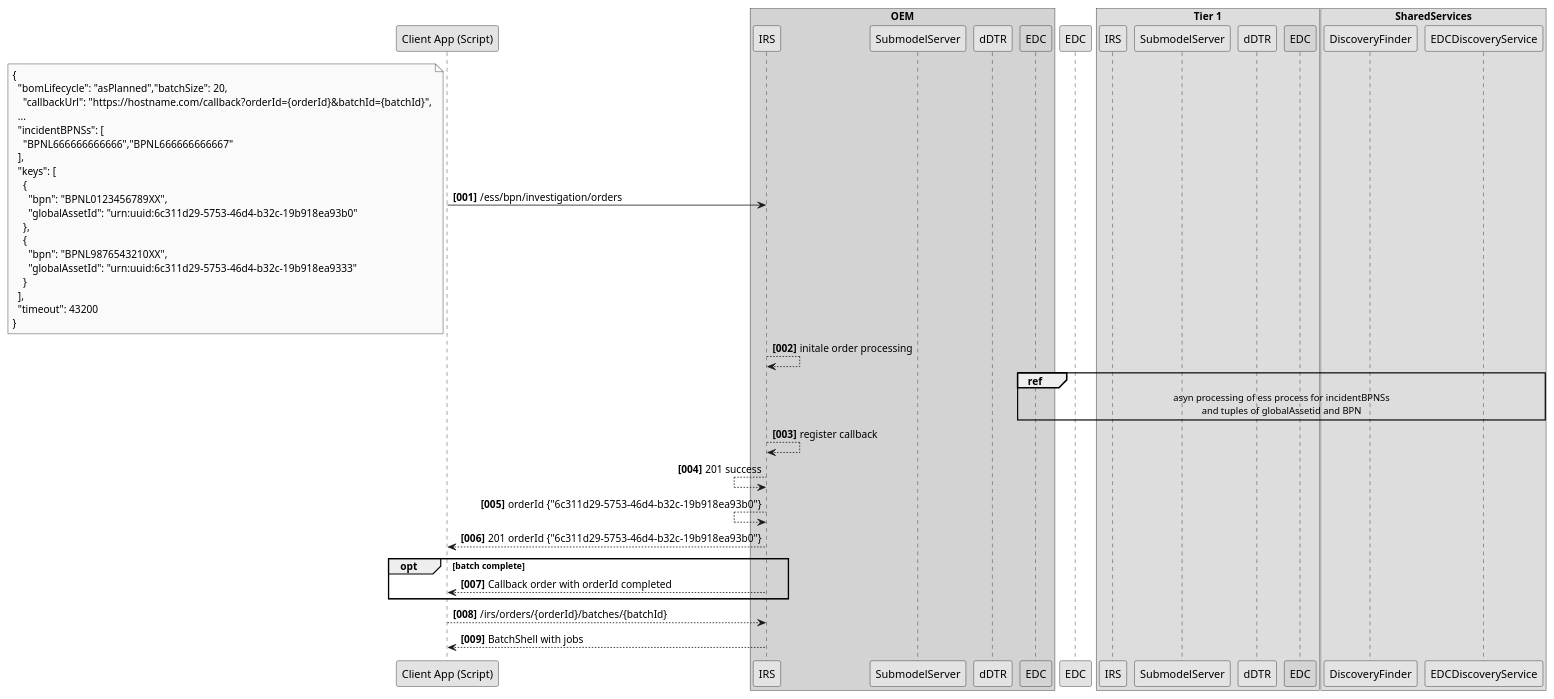
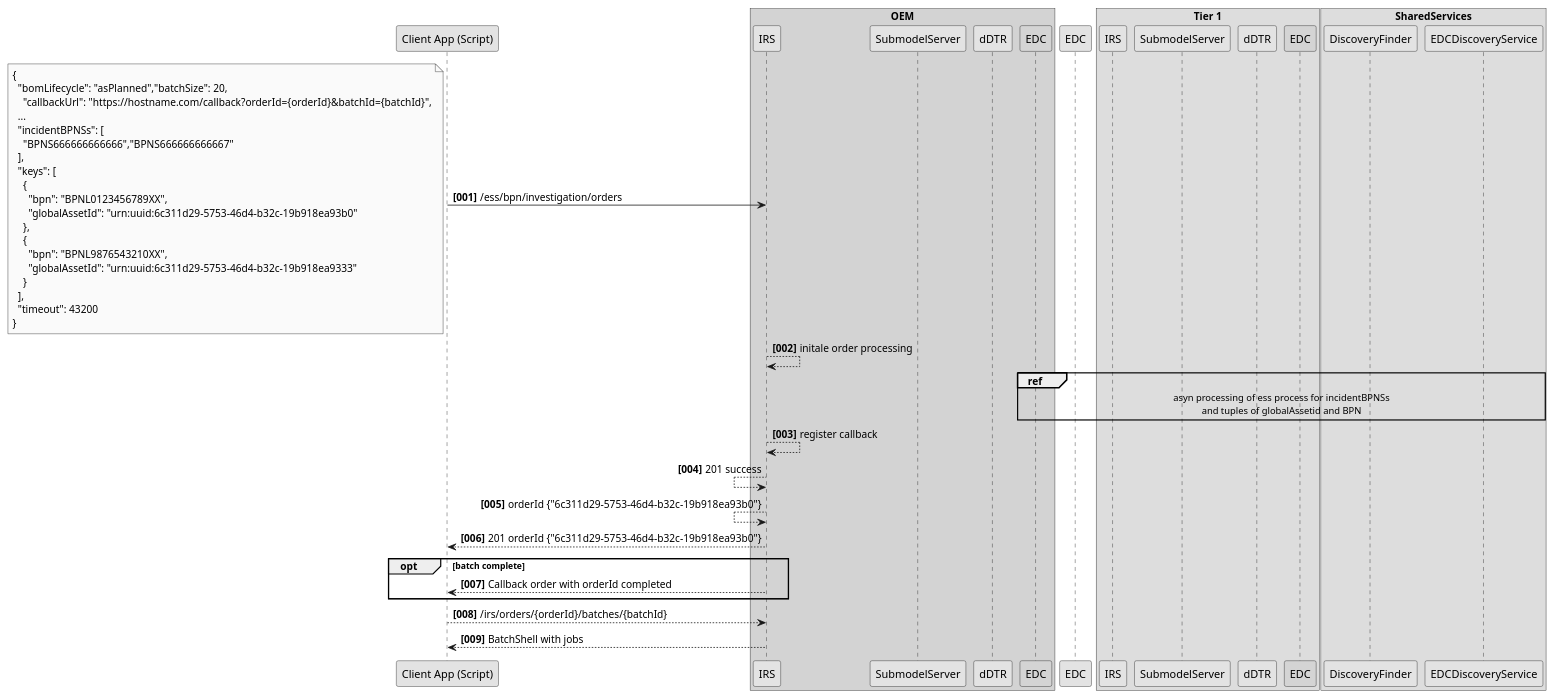
The diagram in docs/src/uml-diagrams/irs-recursive/ess-top-down/sequence/3_ess_top_down_sequence-RegisterEssInvestigationOrder.puml (eclipse-tractusx/item-relationship-service), drawn with PlantUML before and after one commit. The commit also changed 2 other files, not shown here.

Commit message:
fix(uml):[TRI-1519] fix PR remarks

```diff
--- a/docs/src/uml-diagrams/irs-recursive/ess-top-down/sequence/3_ess_top_down_sequence-RegisterEssInvestigationOrder.puml
+++ b/docs/src/uml-diagrams/irs-recursive/ess-top-down/sequence/3_ess_top_down_sequence-RegisterEssInvestigationOrder.puml
@@ -1,70 +1,70 @@
 @startuml
 skinparam monochrome true
 skinparam shadowing false
 skinparam defaultFontName "Architects daughter"
 
 autonumber "<b>[000]"
 
 participant "Client App (Script)" as Client
 
 box "OEM" #LightGrey
     participant IRS as IRS
     participant SubmodelServer as SubmodelServer
     participant dDTR as dDTR
     participant EDC as EDC #99FF99
 end box
 
 
 participant EDC as EDCTier1
 
 box "Tier 1"
      participant IRS as IRSTier1
      participant SubmodelServer as SubmodelServerTier1
      participant dDTR as dDTRTier1
      participant EDC as EDCConsumerTier1 #99FF99
 end box
 
 box SharedServices
     participant DiscoveryFinder as DiscoveryFinder
     participant EDCDiscoveryService as EDCDiscoveryService
 end box
 
 Client -> IRS : /ess/bpn/investigation/orders
 note left
     {
       "bomLifecycle": "asPlanned","batchSize": 20,
         "callbackUrl": "https://hostname.com/callback?orderId={orderId}&batchId={batchId}",
       ...
       "incidentBPNSs": [
-        "BPNL666666666666","BPNL666666666667"
+        "BPNS666666666666","BPNS666666666667"
       ],
       "keys": [
         {
           "bpn": "BPNL0123456789XX",
           "globalAssetId": "urn:uuid:6c311d29-5753-46d4-b32c-19b918ea93b0"
         },
         {
           "bpn": "BPNL9876543210XX",
           "globalAssetId": "urn:uuid:6c311d29-5753-46d4-b32c-19b918ea9333"
         }
       ],
       "timeout": 43200
     }
 end note
 IRS --> IRS : initale order processing
     ref over EDC, EDCTier1, SubmodelServerTier1, dDTRTier1, EDCConsumerTier1, DiscoveryFinder, EDCDiscoveryService
         asyn processing of ess process for incidentBPNSs
         and tuples of globalAssetid and BPN
     end ref
 IRS --> IRS : register callback
 IRS <-- IRS : 201 success
 IRS <-- IRS : orderId {"6c311d29-5753-46d4-b32c-19b918ea93b0"}
 Client <-- IRS : 201 orderId {"6c311d29-5753-46d4-b32c-19b918ea93b0"}
 
 opt batch complete
     Client <-- IRS : Callback order with orderId completed
 end opt
     Client --> IRS : /irs/orders/{orderId}/batches/{batchId}
     Client <-- IRS : BatchShell with jobs
 
 @enduml
```
